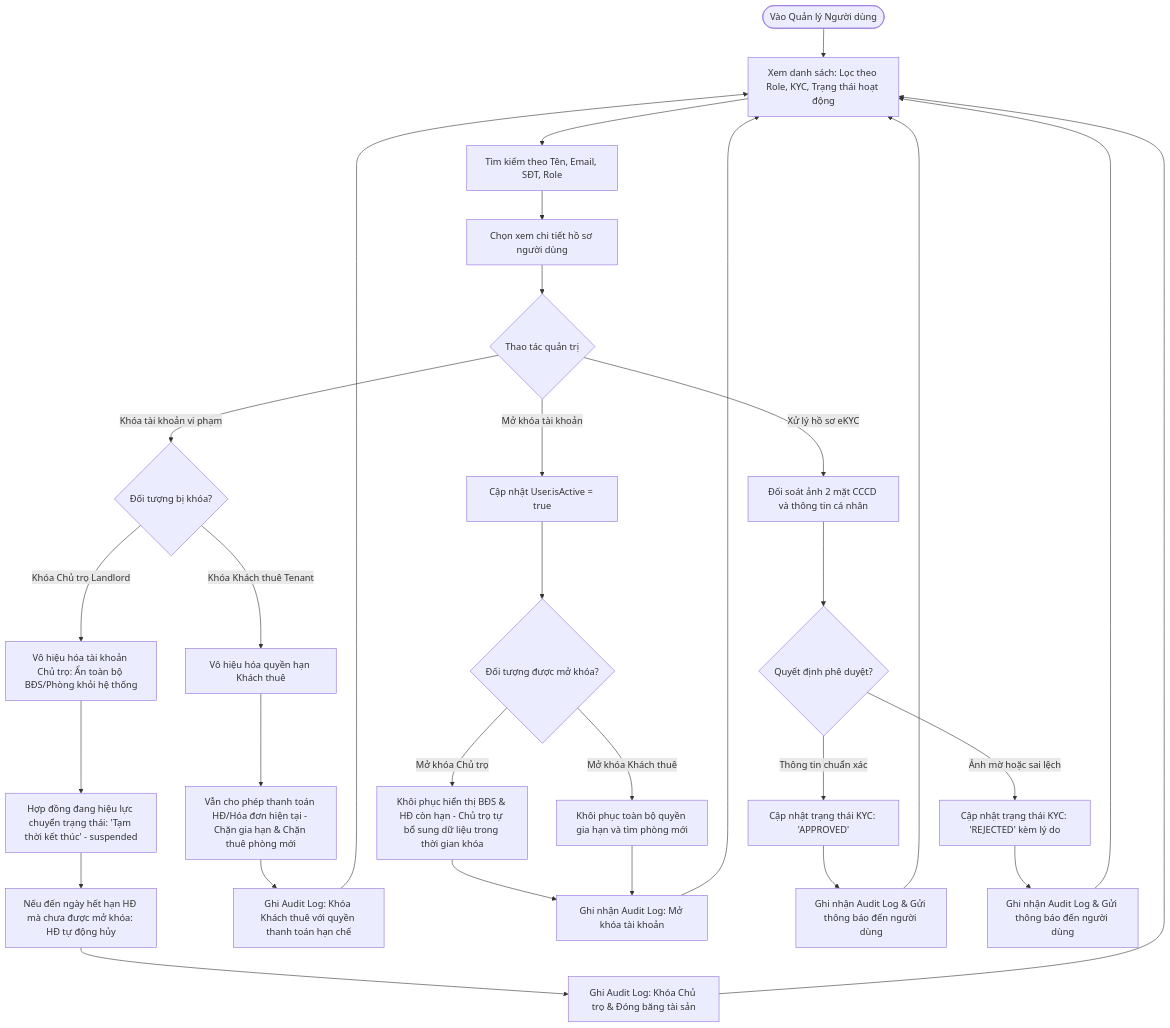
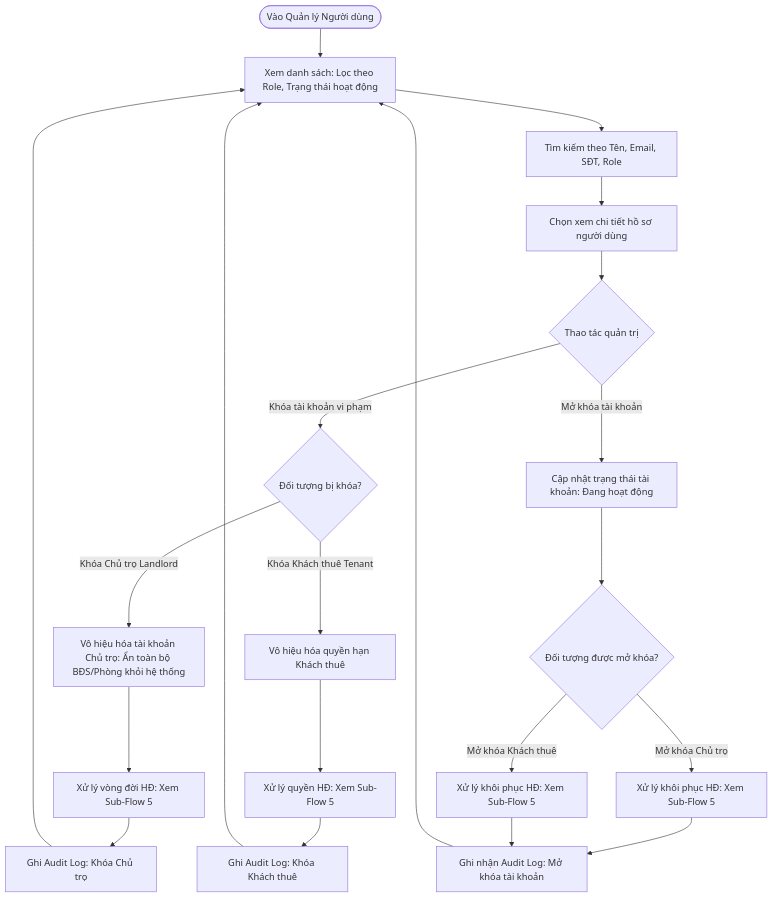
One commit to pbl6-home-renter/docs changed the third of 6 diagrams in phase-1/discovery/user_flow/admin_user_flow.md. Above: the diagram before and after it, drawn with Mermaid. The commit also changed other lines of this file and 6 other files, not shown here.

````diff
--- a/phase-1/discovery/user_flow/admin_user_flow.md
+++ b/phase-1/discovery/user_flow/admin_user_flow.md
@@ -84,38 +72,27 @@
 ```mermaid
 flowchart TD
-    StartUserMgmt([Vào Quản lý Người dùng]) --> ViewList[Xem danh sách: Lọc theo Role, KYC, Trạng thái hoạt động]
+    StartUserMgmt([Vào Quản lý Người dùng]) --> ViewList[Xem danh sách: Lọc theo Role, Trạng thái hoạt động]
     ViewList --> SearchUser[Tìm kiếm theo Tên, Email, SĐT, Role]
     SearchUser --> SelectUser[Chọn xem chi tiết hồ sơ người dùng]
     
     SelectUser --> UserAction{Thao tác quản trị}
     
     %% Nhánh 1: Khóa tài khoản vi phạm
     UserAction -->|Khóa tài khoản vi phạm| CheckLockRole{Đối tượng bị khóa?}
     
     CheckLockRole -->|Khóa Chủ trọ Landlord| LockLL[Vô hiệu hóa tài khoản Chủ trọ: Ẩn toàn bộ BĐS/Phòng khỏi hệ thống]
-    LockLL --> FreezeContracts[Hợp đồng đang hiệu lực chuyển trạng thái: 'Tạm thời kết thúc' - suspended]
-    FreezeContracts --> AutoExpireCheck[Nếu đến ngày hết hạn HĐ mà chưa được mở khóa: HĐ tự động hủy]
-    AutoExpireCheck --> AuditLockLL[Ghi Audit Log: Khóa Chủ trọ & Đóng băng tài sản] --> ViewList
+    LockLL --> TriggerFreezeContracts[Xử lý vòng đời HĐ: Xem Sub-Flow 5]
+    TriggerFreezeContracts --> AuditLockLL[Ghi Audit Log: Khóa Chủ trọ] --> ViewList
     
     CheckLockRole -->|Khóa Khách thuê Tenant| LockTenant[Vô hiệu hóa quyền hạn Khách thuê]
-    LockTenant --> RestrictTenant[Vẫn cho phép thanh toán HĐ/Hóa đơn hiện tại - Chặn gia hạn & Chặn thuê phòng mới]
-    RestrictTenant --> AuditLockTT[Ghi Audit Log: Khóa Khách thuê với quyền thanh toán hạn chế] --> ViewList
+    LockTenant --> TriggerRestrictTenant[Xử lý quyền HĐ: Xem Sub-Flow 5]
+    TriggerRestrictTenant --> AuditLockTT[Ghi Audit Log: Khóa Khách thuê] --> ViewList
     
     %% Nhánh 2: Mở khóa tài khoản
-    UserAction -->|Mở khóa tài khoản| UnlockAccount[Cập nhật User.isActive = true]
+    UserAction -->|Mở khóa tài khoản| UnlockAccount[Cập nhật trạng thái tài khoản: Đang hoạt động]
     UnlockAccount --> CheckUnlockRole{Đối tượng được mở khóa?}
-    CheckUnlockRole -->|Mở khóa Chủ trọ| RestoreLL[Khôi phục hiển thị BĐS & HĐ còn hạn - Chủ trọ tự bổ sung dữ liệu trong thời gian khóa]
-    CheckUnlockRole -->|Mở khóa Khách thuê| RestoreTT[Khôi phục toàn bộ quyền gia hạn và tìm phòng mới]
-    RestoreLL --> AuditUnlock[Ghi nhận Audit Log: Mở khóa tài khoản] --> ViewList
-    RestoreTT --> AuditUnlock
-    
-    %% Nhánh 3: Đối soát & Phê duyệt eKYC (CCCD)
-    UserAction -->|Xử lý hồ sơ eKYC| ReviewCCCD[Đối soát ảnh 2 mặt CCCD và thông tin cá nhân]
-    ReviewCCCD --> DecisionKYC{Quyết định phê duyệt?}
-    
-    DecisionKYC -->|Thông tin chuẩn xác| ApproveKYC[Cập nhật trạng thái KYC: 'APPROVED']
-    DecisionKYC -->|Ảnh mờ hoặc sai lệch| RejectKYC[Cập nhật trạng thái KYC: 'REJECTED' kèm lý do]
-    
-    ApproveKYC --> AuditKYC1[Ghi nhận Audit Log & Gửi thông báo đến người dùng] --> ViewList
-    RejectKYC --> AuditKYC2[Ghi nhận Audit Log & Gửi thông báo đến người dùng] --> ViewList
+    CheckUnlockRole -->|Mở khóa Chủ trọ| TriggerRestoreLL[Xử lý khôi phục HĐ: Xem Sub-Flow 5]
+    CheckUnlockRole -->|Mở khóa Khách thuê| TriggerRestoreTT[Xử lý khôi phục HĐ: Xem Sub-Flow 5]
+    TriggerRestoreLL --> AuditUnlock[Ghi nhận Audit Log: Mở khóa tài khoản] --> ViewList
+    TriggerRestoreTT --> AuditUnlock
 ```
````
